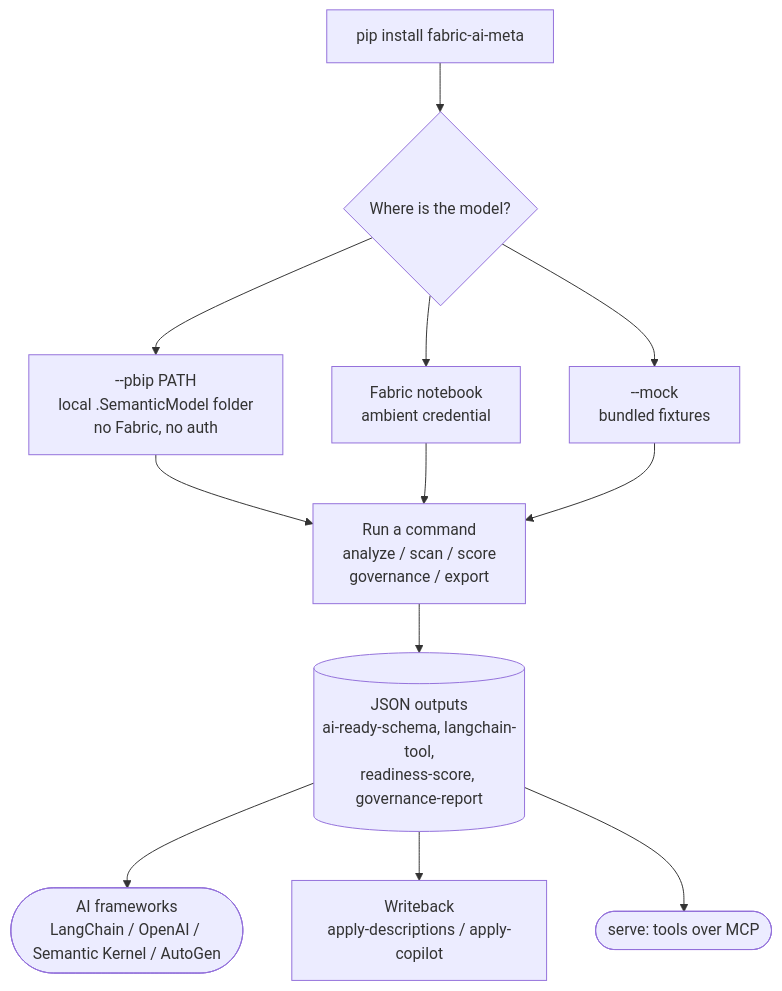
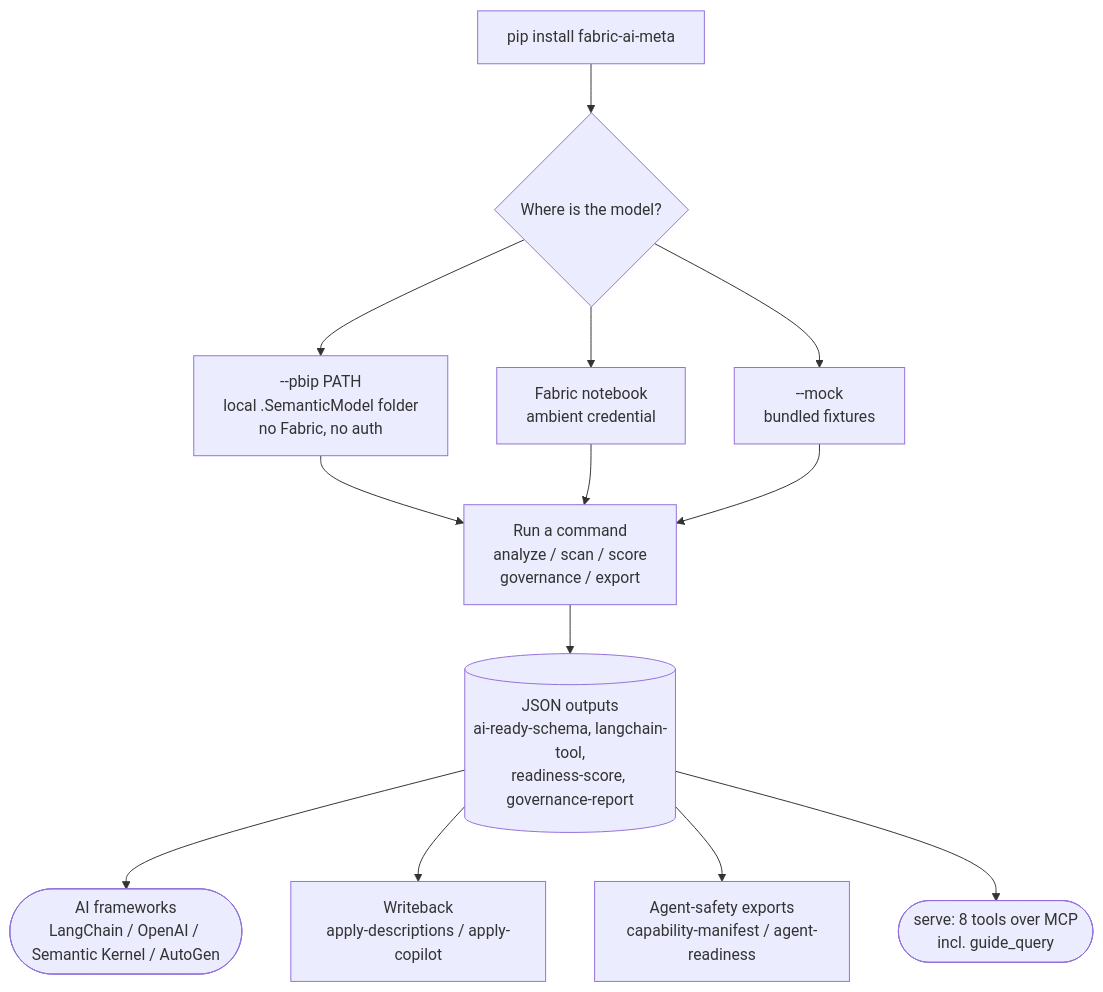
The diagram in docs/user-guide.md (psistla/fabric-ai-meta), drawn with Mermaid before and after one commit. The commit also changed other lines of this file and 2 other files, not shown here.

Commit message:
docs: restructure README and sync user guide for v2.0

````diff
--- a/docs/user-guide.md
+++ b/docs/user-guide.md
@@ -9,14 +9,15 @@
 ```mermaid
 flowchart TB
   I[pip install fabric-ai-meta] --> SRC{Where is the model?}
   SRC --> PBIP[--pbip PATH<br/>local .SemanticModel folder<br/>no Fabric, no auth]
   SRC --> FAB[Fabric notebook<br/>ambient credential]
   SRC --> MOCK[--mock<br/>bundled fixtures]
   PBIP --> CMD[Run a command<br/>analyze / scan / score<br/>governance / export]
   FAB --> CMD
   MOCK --> CMD
   CMD --> OUT[(JSON outputs<br/>ai-ready-schema, langchain-tool,<br/>readiness-score, governance-report)]
   OUT --> AI([AI frameworks<br/>LangChain / OpenAI / Semantic Kernel / AutoGen])
   OUT --> WB[Writeback<br/>apply-descriptions / apply-copilot]
-  OUT --> MCP([serve: tools over MCP])
+  OUT --> SAFE[Agent-safety exports<br/>capability-manifest / agent-readiness]
+  OUT --> MCP([serve: 8 tools over MCP<br/>incl. guide_query])
 ```
````
